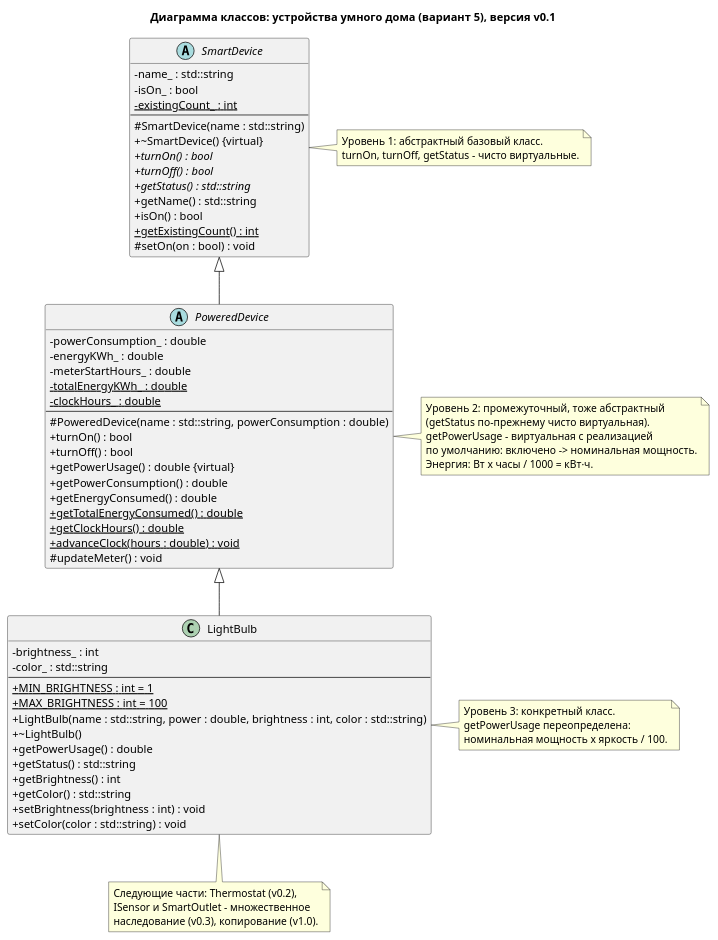
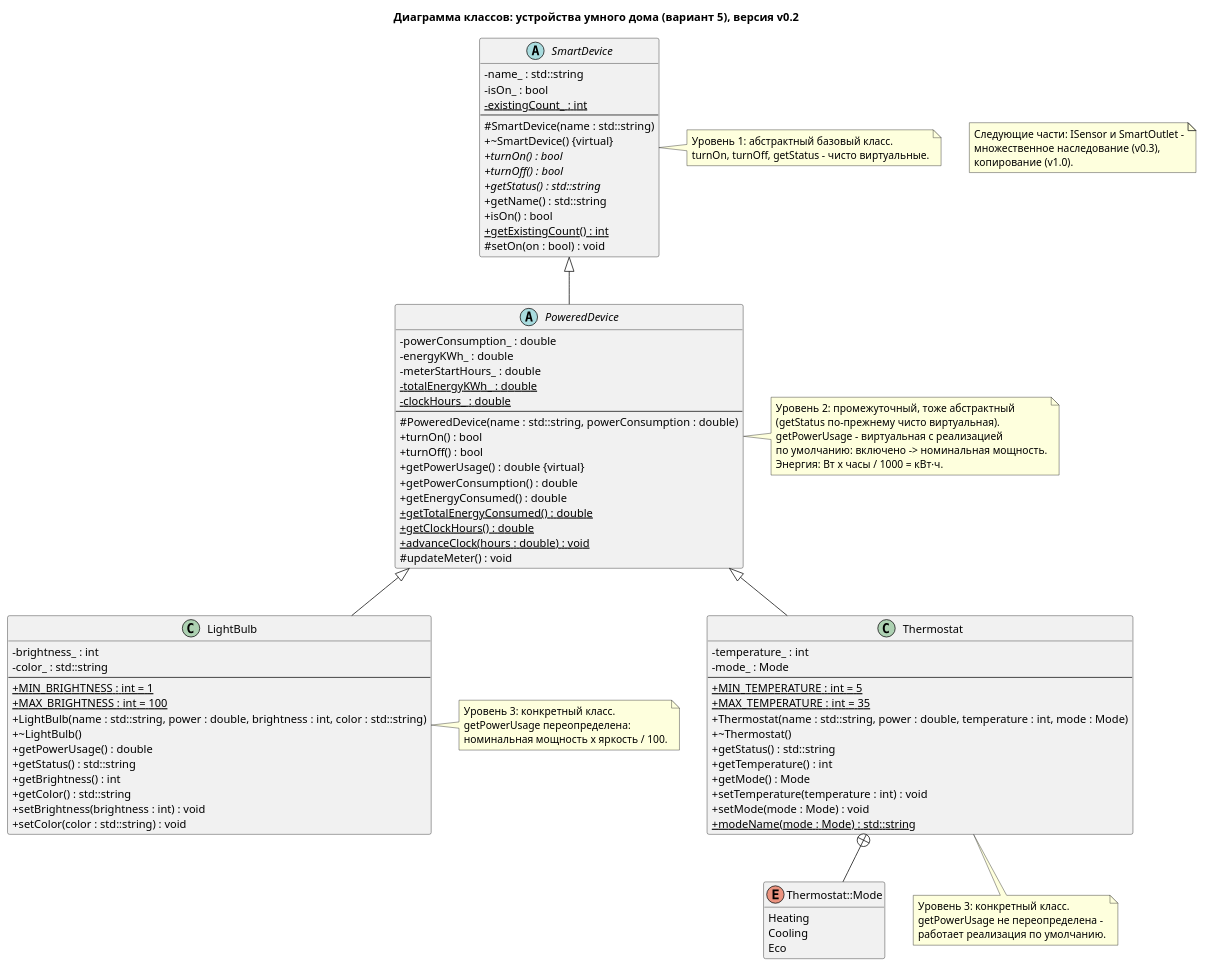
One commit to Vareshka86/Lab4_OOP_try1 changed the diagram in uml/SmartHome.puml. Above: the diagram before and after it, drawn with PlantUML. The commit also changed 3 other files, not shown here.

First line of the commit message:
Документация: страница части 2 и диаграмма классов с Thermostat

```diff
--- a/uml/SmartHome.puml
+++ b/uml/SmartHome.puml
@@ -1,84 +1,110 @@
 @startuml
-title Диаграмма классов: устройства умного дома (вариант 5), версия v0.1
+title Диаграмма классов: устройства умного дома (вариант 5), версия v0.2
 skinparam classAttributeIconSize 0
 hide empty members
 
 abstract class SmartDevice {
   - name_ : std::string
   - isOn_ : bool
   - {static} existingCount_ : int
   --
   # SmartDevice(name : std::string)
   + ~SmartDevice() {virtual}
   + {abstract} turnOn() : bool
   + {abstract} turnOff() : bool
   + {abstract} getStatus() : std::string
   + getName() : std::string
   + isOn() : bool
   + {static} getExistingCount() : int
   # setOn(on : bool) : void
 }
 
 abstract class PoweredDevice {
   - powerConsumption_ : double
   - energyKWh_ : double
   - meterStartHours_ : double
   - {static} totalEnergyKWh_ : double
   - {static} clockHours_ : double
   --
   # PoweredDevice(name : std::string, powerConsumption : double)
   + turnOn() : bool
   + turnOff() : bool
   + getPowerUsage() : double {virtual}
   + getPowerConsumption() : double
   + getEnergyConsumed() : double
   + {static} getTotalEnergyConsumed() : double
   + {static} getClockHours() : double
   + {static} advanceClock(hours : double) : void
   # updateMeter() : void
 }
 
 class LightBulb {
   - brightness_ : int
   - color_ : std::string
   --
   + {static} MIN_BRIGHTNESS : int = 1
   + {static} MAX_BRIGHTNESS : int = 100
   + LightBulb(name : std::string, power : double, brightness : int, color : std::string)
   + ~LightBulb()
   + getPowerUsage() : double
   + getStatus() : std::string
   + getBrightness() : int
   + getColor() : std::string
   + setBrightness(brightness : int) : void
   + setColor(color : std::string) : void
 }
 
+class Thermostat {
+  - temperature_ : int
+  - mode_ : Mode
+  --
+  + {static} MIN_TEMPERATURE : int = 5
+  + {static} MAX_TEMPERATURE : int = 35
+  + Thermostat(name : std::string, power : double, temperature : int, mode : Mode)
+  + ~Thermostat()
+  + getStatus() : std::string
+  + getTemperature() : int
+  + getMode() : Mode
+  + setTemperature(temperature : int) : void
+  + setMode(mode : Mode) : void
+  + {static} modeName(mode : Mode) : std::string
+}
+
+enum "Thermostat::Mode" as Mode {
+  Heating
+  Cooling
+  Eco
+}
+
 SmartDevice <|-- PoweredDevice
 PoweredDevice <|-- LightBulb
+PoweredDevice <|-- Thermostat
+Thermostat +-- Mode
 
 note right of SmartDevice
   Уровень 1: абстрактный базовый класс.
   turnOn, turnOff, getStatus - чисто виртуальные.
 end note
 
 note right of PoweredDevice
   Уровень 2: промежуточный, тоже абстрактный
   (getStatus по-прежнему чисто виртуальная).
   getPowerUsage - виртуальная с реализацией
   по умолчанию: включено -> номинальная мощность.
   Энергия: Вт x часы / 1000 = кВт·ч.
 end note
 
 note right of LightBulb
   Уровень 3: конкретный класс.
   getPowerUsage переопределена:
   номинальная мощность x яркость / 100.
 end note
 
-note bottom of LightBulb
-  Следующие части: Thermostat (v0.2),
-  ISensor и SmartOutlet - множественное
-  наследование (v0.3), копирование (v1.0).
+note bottom of Thermostat
+  Уровень 3: конкретный класс.
+  getPowerUsage не переопределена -
+  работает реализация по умолчанию.
 end note
+
+note "Следующие части: ISensor и SmartOutlet -\nмножественное наследование (v0.3),\nкопирование (v1.0)." as NextParts
 @enduml
```
